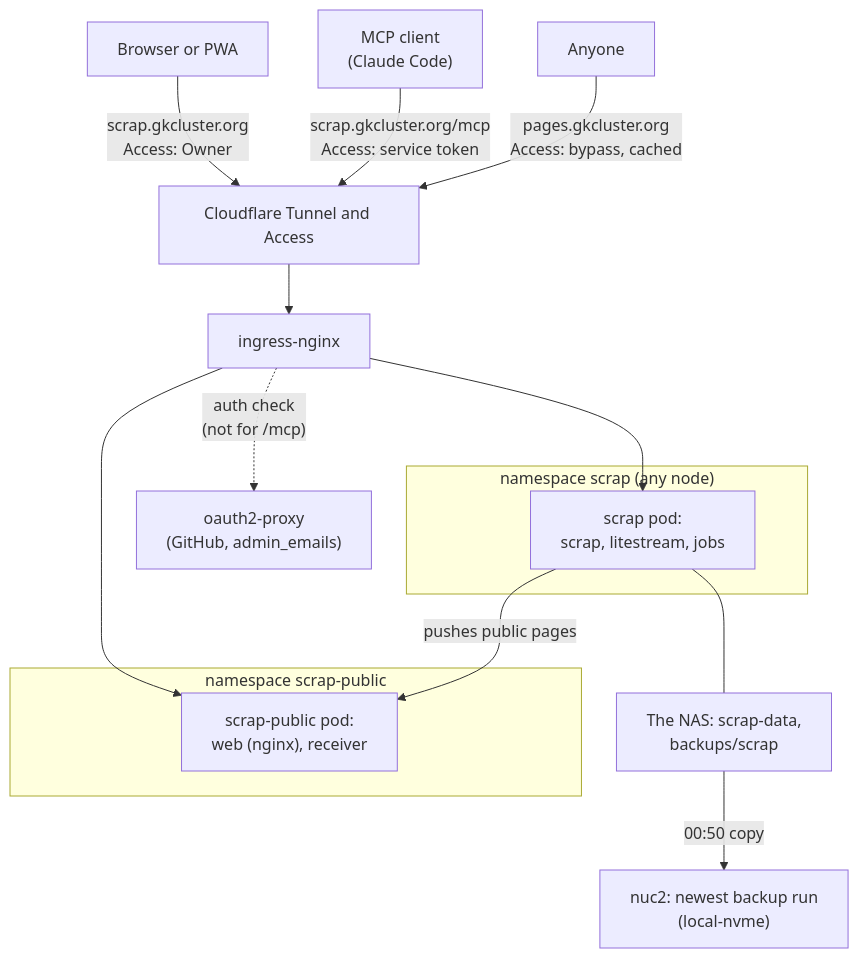
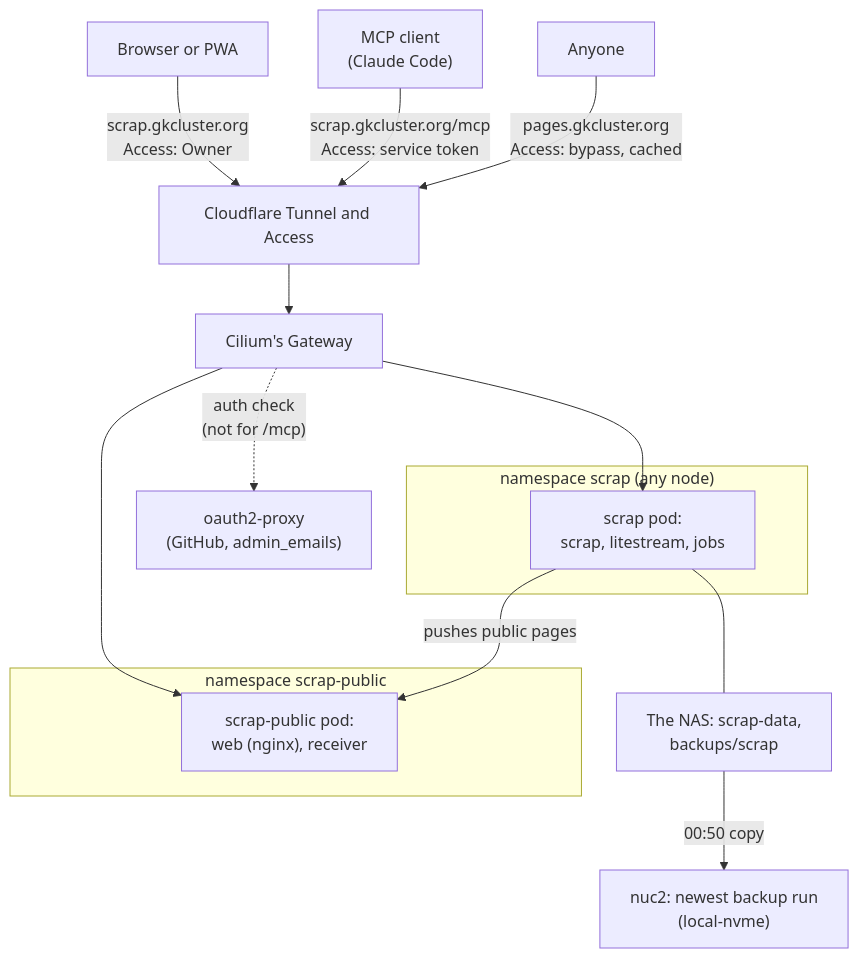
The diagram in docs/how-to/scrap.md (gilesknap/tpi-k3s-ansible), drawn with Mermaid before and after one commit. The commit also changed other lines of this file and 19 other files, not shown here.

First line of the commit message:
Point every Cloudflare tunnel route at Cilium's Gateway

````diff
--- a/docs/how-to/scrap.md
+++ b/docs/how-to/scrap.md
@@ -12,28 +12,28 @@
 ```mermaid
 flowchart TB
     browser["Browser or PWA"]
     mcp["MCP client<br/>(Claude Code)"]
     reader["Anyone"]
     cf["Cloudflare Tunnel and Access"]
-    nginx["ingress-nginx"]
+    nginx["Cilium's Gateway"]
     o2p["oauth2-proxy<br/>(GitHub, admin_emails)"]
     subgraph ns1["namespace scrap (any node)"]
         scrap["scrap pod:<br/>scrap, litestream, jobs"]
     end
     subgraph ns2["namespace scrap-public"]
         pub["scrap-public pod:<br/>web (nginx), receiver"]
     end
     nas["The NAS: scrap-data,<br/>backups/scrap"]
     nuc2["nuc2: newest backup run<br/>(local-nvme)"]
 
     browser -->|"scrap.gkcluster.org<br/>Access: Owner"| cf
     mcp -->|"scrap.gkcluster.org/mcp<br/>Access: service token"| cf
     reader -->|"pages.gkcluster.org<br/>Access: bypass, cached"| cf
     cf --> nginx
     nginx -.->|"auth check<br/>(not for /mcp)"| o2p
     nginx --> scrap
     nginx --> pub
     scrap -->|"pushes public pages"| pub
     scrap --- nas
     nas -->|"00:50 copy"| nuc2
 ```
````
